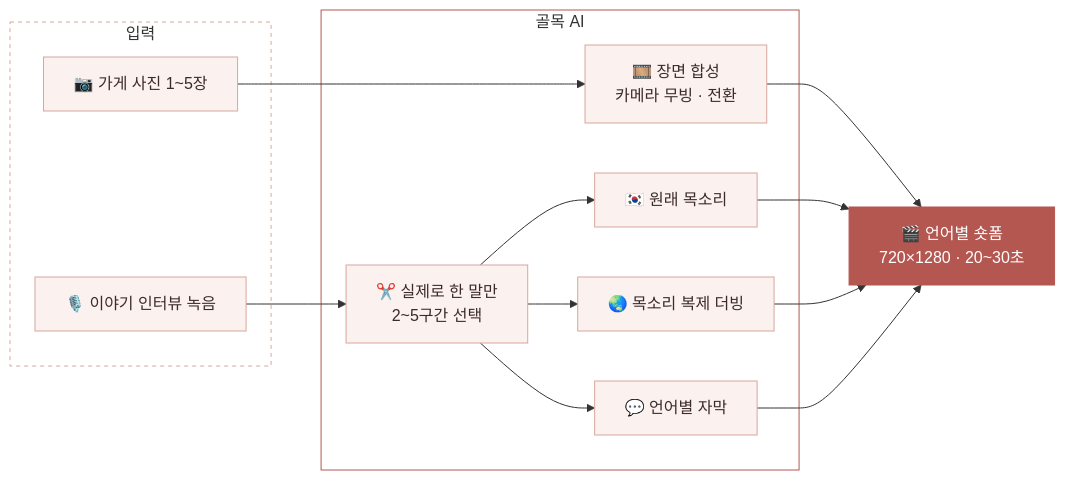
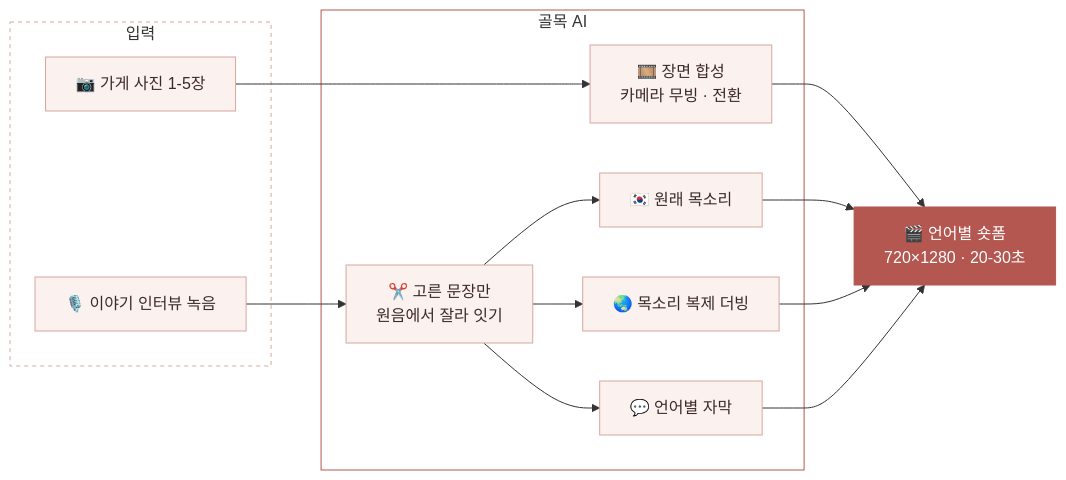
Before and after one commit to ejjunm/golmok: the second of 2 diagrams in README.md, drawn with Mermaid. The commit also changed other lines of this file, not shown here.

````diff
--- a/README.md
+++ b/README.md
@@ -138,29 +190,29 @@
 ```mermaid
 flowchart LR
     subgraph IN["입력"]
-        P["📷 가게 사진 1~5장"]
+        P["📷 가게 사진 1-5장"]
         V["🎙️ 이야기 인터뷰 녹음"]
     end
 
     subgraph AI["골목 AI"]
         R["🎞️ 장면 합성<br>카메라 무빙 · 전환"]
-        Q["✂️ 실제로 한 말만<br>2~5구간 선택"]
+        Q["✂️ 고른 문장만<br>원음에서 잘라 잇기"]
         KO["🇰🇷 원래 목소리"]
         FX["🌏 목소리 복제 더빙"]
         SUB["💬 언어별 자막"]
     end
 
-    OUT["🎬 언어별 숏폼<br>720×1280 · 20~30초"]
+    OUT["🎬 언어별 숏폼<br>720×1280 · 20-30초"]
 
     P --> R
     V --> Q
     Q --> KO & FX & SUB
     R & KO & FX & SUB --> OUT
 
     classDef node fill:#FBF1EF,stroke:#D9A69E,color:#3B2A28
     classDef out fill:#B45750,stroke:#B45750,color:#FFFFFF
     class P,V,R,Q,KO,FX,SUB node
     class OUT out
     style IN fill:transparent,stroke:#D9A69E,stroke-dasharray:4 4
     style AI fill:transparent,stroke:#B45750
 ```
````
